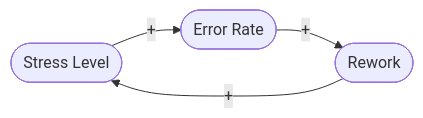
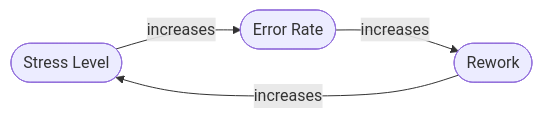
Before and after one commit to mlevison/systems-thinking: the third of 4 diagrams in references/causal-loop-diagrams.md, drawn with Mermaid. The commit also changed other lines of this file and 2 other files, not shown here.

````diff
--- a/references/causal-loop-diagrams.md
+++ b/references/causal-loop-diagrams.md
@@ -155,6 +152,6 @@
 ```mermaid
 graph LR
-    A([Stress Level]) -->|+| B([Error Rate])
-    B -->|+| C([Rework])
-    C -->|+| A
+    A([Stress Level]) -->|increases| B([Error Rate])
+    B -->|increases| C([Rework])
+    C -->|increases| A
 ```
````
